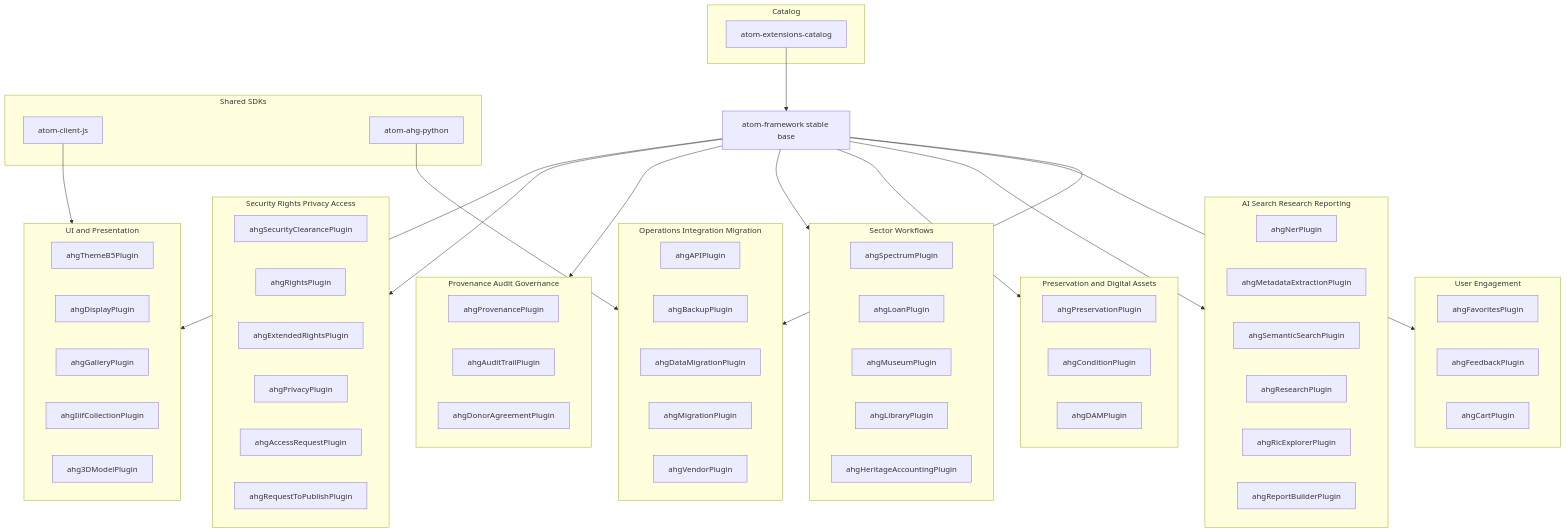
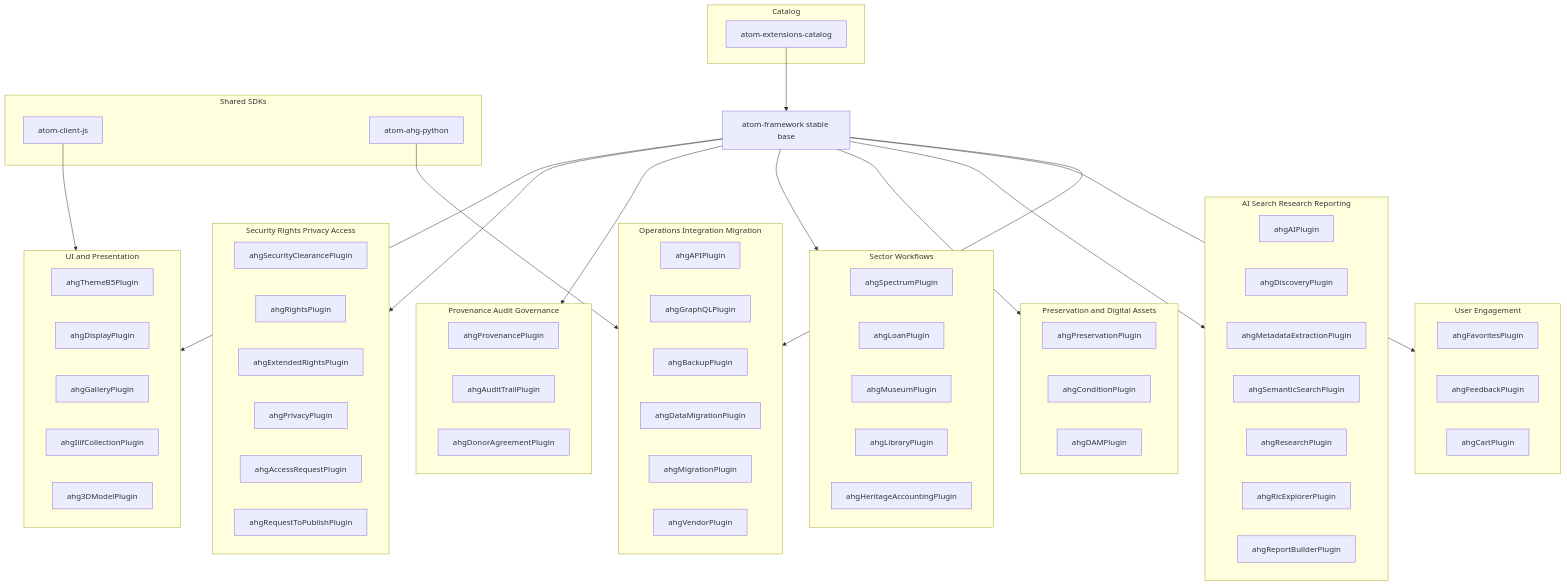
The first of 2 diagrams in profile/README.md (ArchiveHeritageGroup/.github), drawn with Mermaid before and after one commit. The commit also changed other lines of this file, not shown here.

Commit message:
Update org profile with product roadmap reflecting current development state

```diff
--- a/profile/README.md
+++ b/profile/README.md
@@ -89,7 +89,8 @@
   end
 
   subgraph AI["AI Search Research Reporting"]
-    NER[ahgNerPlugin]
+    NER[ahgAIPlugin]
+    DISC[ahgDiscoveryPlugin]
     META[ahgMetadataExtractionPlugin]
     SEM[ahgSemanticSearchPlugin]
     RSR[ahgResearchPlugin]
@@ -105,6 +106,7 @@
 
   subgraph OPS["Operations Integration Migration"]
     API[ahgAPIPlugin]
+    GQL[ahgGraphQLPlugin]
     BAK[ahgBackupPlugin]
     DMIG[ahgDataMigrationPlugin]
     MIG[ahgMigrationPlugin]
```
